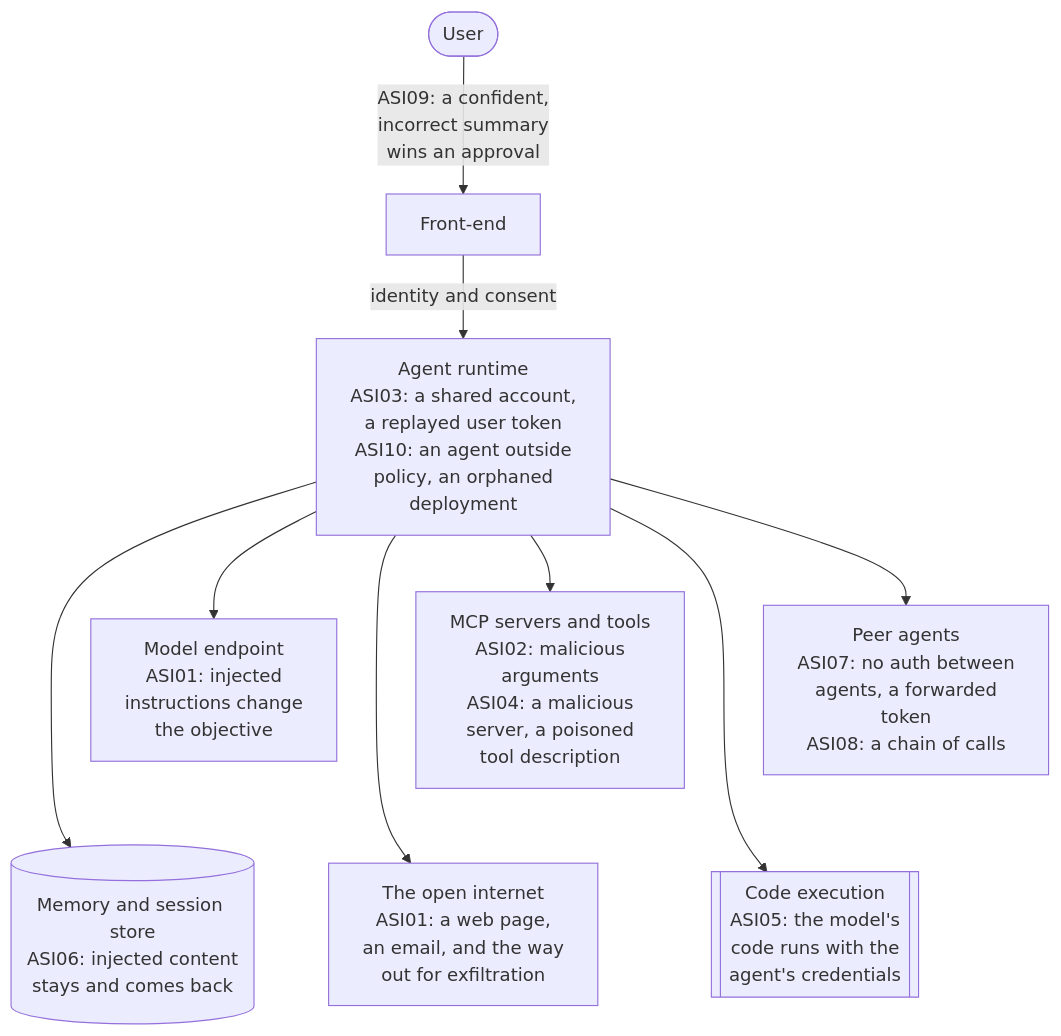
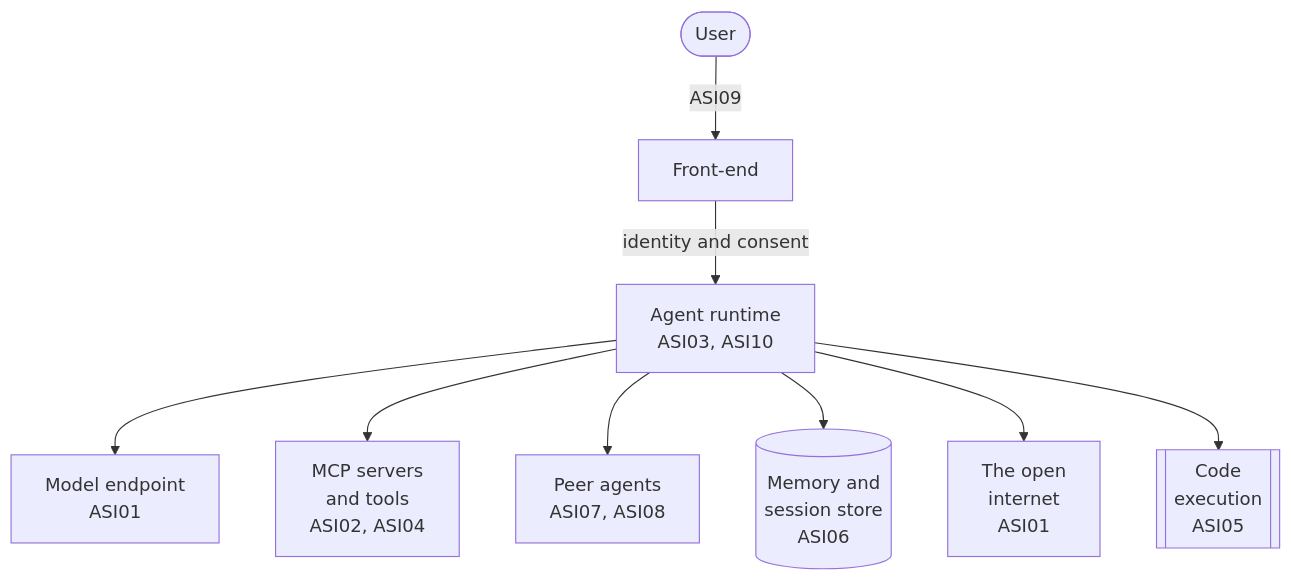
The first of 2 diagrams in 06-gateway/identity-security/agentic-identity-gcp-lab/docs/primer.md (aniryou/full-stack-agentic-engineer), drawn with Mermaid before and after one commit. The commit also changed other lines of this file and 105 other files, not shown here.

````diff
--- a/06-gateway/identity-security/agentic-identity-gcp-lab/docs/primer.md
+++ b/06-gateway/identity-security/agentic-identity-gcp-lab/docs/primer.md
@@ -92,14 +92,11 @@
 ```mermaid
 flowchart TB
-    U(["User"]) -- "ASI09: a confident,<br/>incorrect summary<br/>wins an approval" --> FE["Front-end"]
-    FE -- "identity and consent" --> AG["Agent runtime<br/>ASI03: a shared account,<br/>a replayed user token<br/>ASI10: an agent outside<br/>policy, an orphaned<br/>deployment"]
-    AG --> M["Model endpoint<br/>ASI01: injected<br/>instructions change<br/>the objective"]
-    AG --> T["MCP servers and tools<br/>ASI02: malicious<br/>arguments<br/>ASI04: a malicious<br/>server, a poisoned<br/>tool description"]
-    AG --> P["Peer agents<br/>ASI07: no auth between<br/>agents, a forwarded<br/>token<br/>ASI08: a chain of calls"]
-    AG --> MEM[("Memory and session store<br/>ASI06: injected content<br/>stays and comes back")]
-    AG --> NET["The open internet<br/>ASI01: a web page,<br/>an email, and the way<br/>out for exfiltration"]
-    AG --> SB[["Code execution<br/>ASI05: the model's<br/>code runs with the<br/>agent's credentials"]]
-    M ~~~ MEM
-    T ~~~ NET
-    P ~~~ SB
+    U(["User"]) -- "ASI09" --> FE["Front-end"]
+    FE -- "identity and consent" --> AG["Agent runtime<br/>ASI03, ASI10"]
+    AG --> M["Model endpoint<br/>ASI01"]
+    AG --> T["MCP servers<br/>and tools<br/>ASI02, ASI04"]
+    AG --> P["Peer agents<br/>ASI07, ASI08"]
+    AG --> MEM[("Memory and<br/>session store<br/>ASI06")]
+    AG --> NET["The open<br/>internet<br/>ASI01"]
+    AG --> SB[["Code<br/>execution<br/>ASI05"]]
 ```
````
